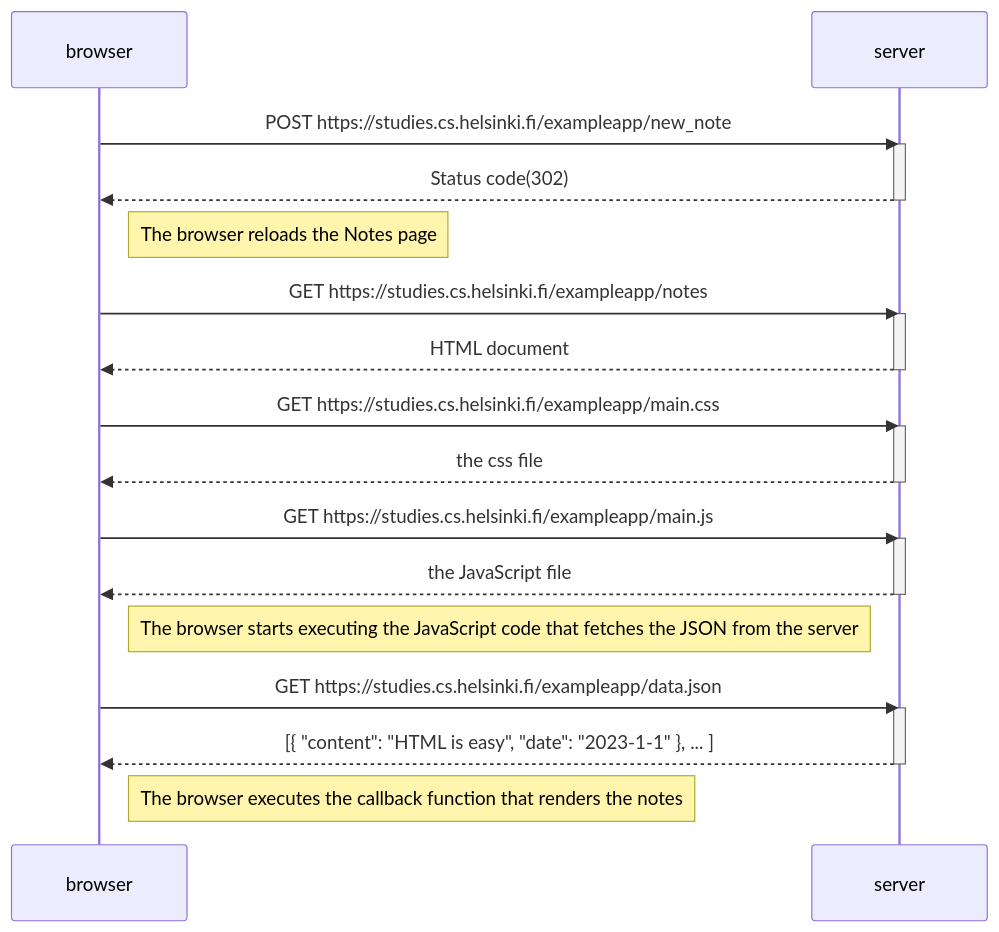
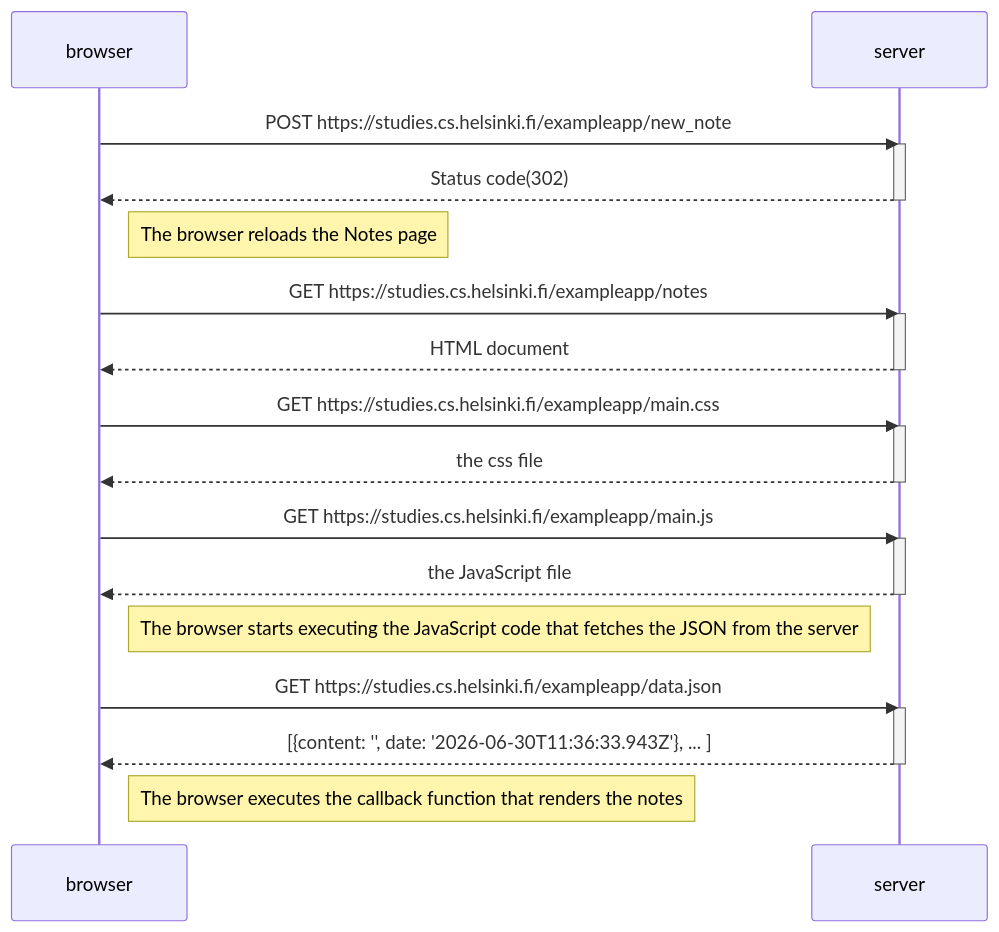
Before and after one commit to andif-coder/full-stack-open-2026: the diagram in part0/04.md, drawn with Mermaid.

Commit message:
E04 final

````diff
--- a/part0/04.md
+++ b/part0/04.md
@@ -1,35 +1,35 @@
 ```mermaid
 sequenceDiagram
     participant browser
     participant server
 
     browser->>server: POST https://studies.cs.helsinki.fi/exampleapp/new_note
     activate server
     server-->>browser: Status code(302)
     deactivate server
     Note right of browser: The browser reloads the Notes page
 
     browser->>server: GET https://studies.cs.helsinki.fi/exampleapp/notes
     activate server
     server-->>browser: HTML document
     deactivate server
 
     browser->>server: GET https://studies.cs.helsinki.fi/exampleapp/main.css
     activate server
     server-->>browser: the css file
     deactivate server
 
     browser->>server: GET https://studies.cs.helsinki.fi/exampleapp/main.js
     activate server
     server-->>browser: the JavaScript file
     deactivate server
 
     Note right of browser: The browser starts executing the JavaScript code that fetches the JSON from the server
 
     browser->>server: GET https://studies.cs.helsinki.fi/exampleapp/data.json
     activate server
-    server-->>browser: [{ "content": "HTML is easy", "date": "2023-1-1" }, ... ]
+    server-->>browser: [{content: '', date: '2026-06-30T11:36:33.943Z'}, ... ]
     deactivate server
     
     Note right of browser: The browser executes the callback function that renders the notes
 ```
````
